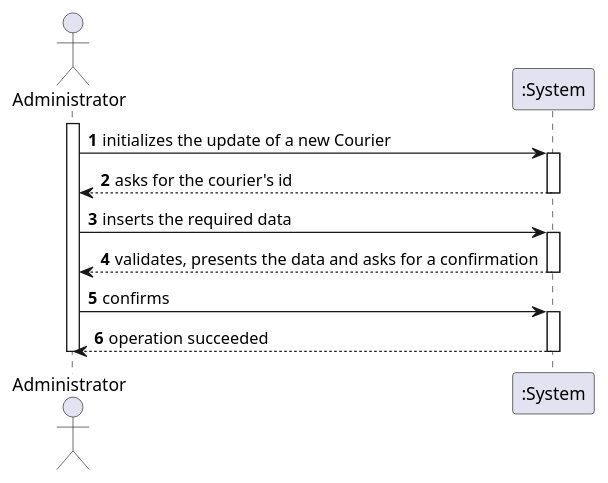
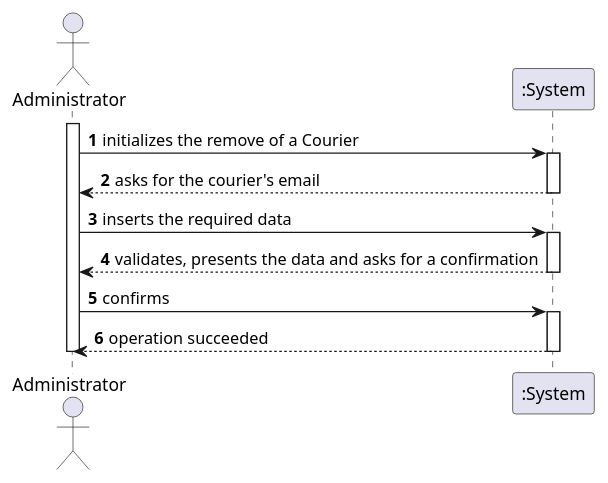
The diagram in docs/Iteration 3/Courier Management/Refinement/US20_RemoveCourier/US20_SSD.puml (tiagoavcosta25/LAPR3), drawn with PlantUML before and after one commit. The commit also changed 72 other files, not shown here.

Commit message:
LAPR2AP2-All issues #fixing Readme (Report) and some bug fixing in all diagrams. [Design]

```diff
--- a/docs/Iteration 3/Courier Management/Refinement/US20_RemoveCourier/US20_SSD.puml
+++ b/docs/Iteration 3/Courier Management/Refinement/US20_RemoveCourier/US20_SSD.puml
@@ -1,23 +1,23 @@
 @startuml
 autonumber
 actor "Administrator" as ADM
 
 activate ADM
-ADM -> ":System" : initializes the update of a new Courier
+ADM -> ":System" : initializes the remove of a Courier
 activate ":System"
-":System" --> ADM : asks for the courier's id
+":System" --> ADM : asks for the courier's email
 deactivate ":System"
 
 
 ADM -> ":System" : inserts the required data
 activate ":System"
 ":System" --> ADM : validates, presents the data and asks for a confirmation
 deactivate ":System"
 
 ADM -> ":System" : confirms
 activate ":System"
 ":System" --> ADM : operation succeeded
 deactivate ":System"
 
 deactivate ADM
 @enduml
```
